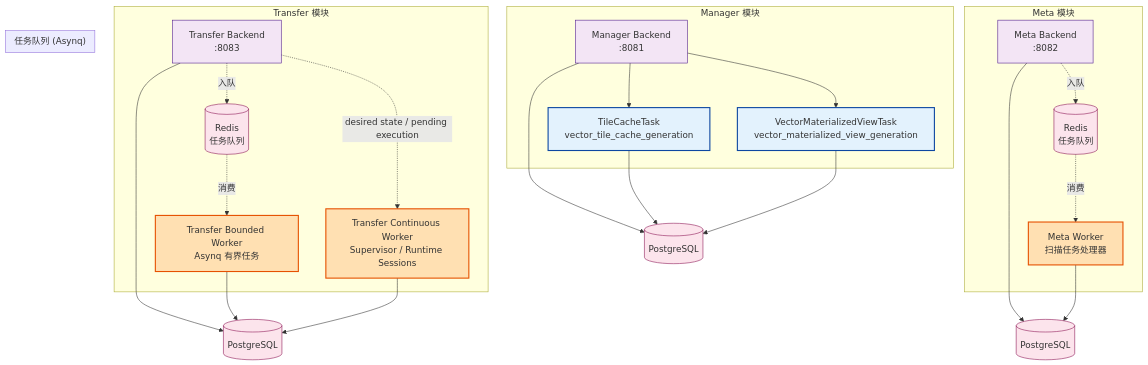
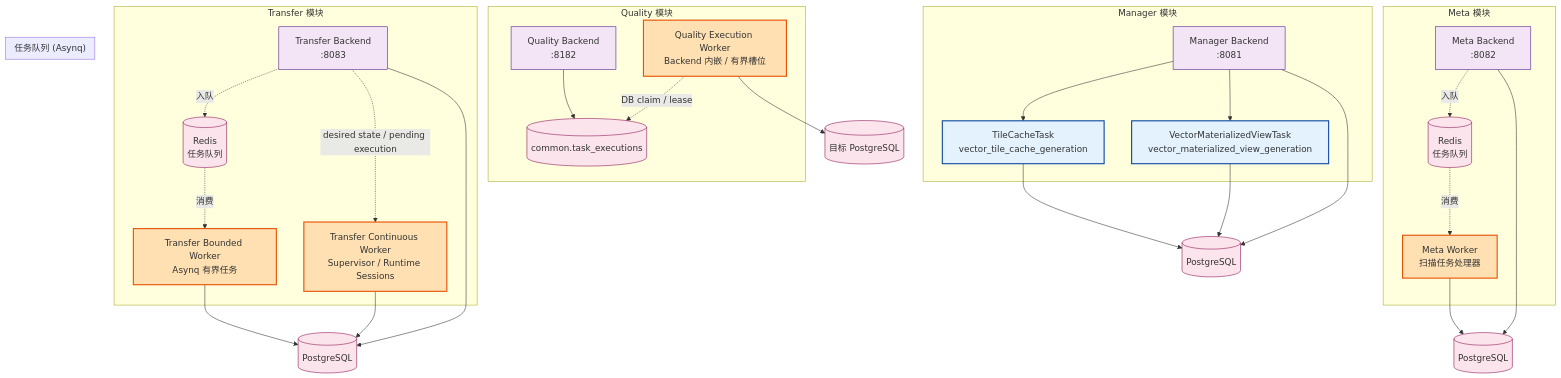
Before and after one commit to pampa0629/addp: the fourth of 14 diagrams in docs/concepts/addp模块架构图.md, drawn with Mermaid. The commit also changed other lines of this file and 250 other files, not shown here.

````diff
--- a/docs/concepts/addp模块架构图.md
+++ b/docs/concepts/addp模块架构图.md
@@ -289,50 +298,58 @@
 ```mermaid
 graph TB
     subgraph "Transfer 模块"
         TB[Transfer Backend<br/>:8083]
         TW[Transfer Bounded Worker<br/>Asynq 有界任务]
         TCW[Transfer Continuous Worker<br/>Supervisor / Runtime Sessions]
         TB -.入队.-> Redis
         Redis -.消费.-> TW
         TB -.desired state / pending execution.-> TCW
     end
 
     subgraph "Meta 模块"
         MB[Meta Backend<br/>:8082]
         MW[Meta Worker<br/>扫描任务处理器]
         MB -.入队.-> Redis2[Redis]
         Redis2 -.消费.-> MW
+    end
+
+    subgraph "Quality 模块"
+        QB[Quality Backend<br/>:8182]
+        QW[Quality Execution Worker<br/>Backend 内嵌 / 有界槽位]
+        QB --> QDB[(common.task_executions)]
+        QW -.DB claim / lease.-> QDB
     end
 
     subgraph "Manager 模块"
         MB2[Manager Backend<br/>:8081]
         TCT[TileCacheTask<br/>vector_tile_cache_generation]
         QVO[VectorMaterializedViewTask<br/>vector_materialized_view_generation]
         MB2 --> TCT
         MB2 --> QVO
     end
 
     subgraph "任务队列 (Asynq)"
         Redis[(Redis<br/>任务队列)]
         Redis2[(Redis<br/>任务队列)]
     end
 
     TB --> PostgreSQL[(PostgreSQL)]
     TW --> PostgreSQL
     TCW --> PostgreSQL
     MB --> PostgreSQL2[(PostgreSQL)]
     MW --> PostgreSQL2
+    QW --> PostgreSQL4[(目标 PostgreSQL)]
     MB2 --> PostgreSQL3[(PostgreSQL)]
     TCT --> PostgreSQL3
     QVO --> PostgreSQL3
 
     classDef backend fill:#f3e5f5,stroke:#4a148c
     classDef worker fill:#ffe0b2,stroke:#e65100,stroke-width:2px
     classDef scheduler fill:#e3f2fd,stroke:#0d47a1,stroke-width:2px
     classDef infra fill:#fce4ec,stroke:#880e4f
 
-    class TB,MB,MB2 backend
-    class TW,TCW,MW worker
+    class TB,MB,QB,MB2 backend
+    class TW,TCW,MW,QW worker
     class TCT,QVO scheduler
-    class Redis,Redis2,PostgreSQL,PostgreSQL2,PostgreSQL3 infra
+    class Redis,Redis2,QDB,PostgreSQL,PostgreSQL2,PostgreSQL3,PostgreSQL4 infra
 ```
````
